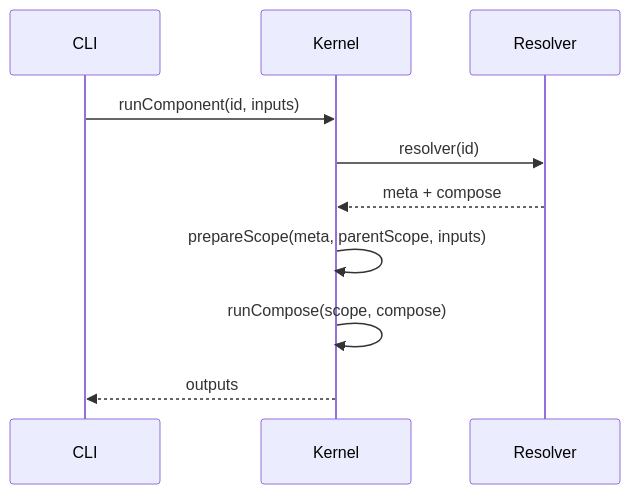
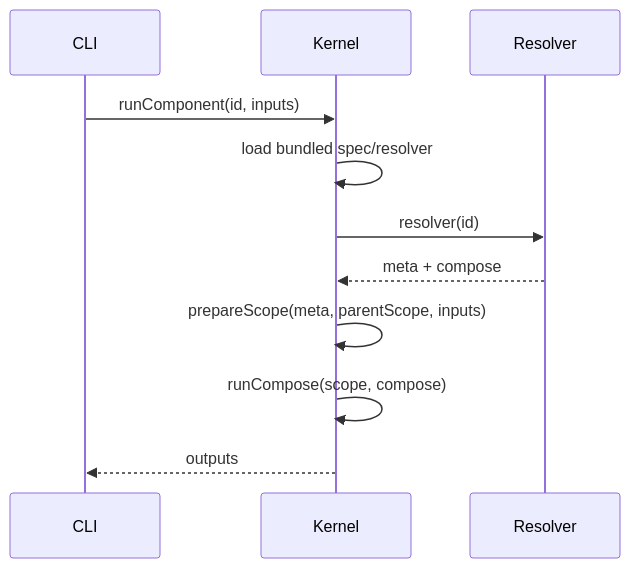
The second of 2 diagrams in docs/v2/kernel-high-level.md (lcod-team/lcod-spec), drawn with Mermaid before and after one commit.

Commit message:
docs: add bootstrap step in kernel sequence

````diff
--- a/docs/v2/kernel-high-level.md
+++ b/docs/v2/kernel-high-level.md
@@ -55,12 +55,13 @@
 ```mermaid
 sequenceDiagram
   participant CLI
   participant Kernel
   participant Resolver
   CLI->>Kernel: runComponent(id, inputs)
+  Kernel->>Kernel: load bundled spec/resolver
   Kernel->>Resolver: resolver(id)
   Resolver-->>Kernel: meta + compose
   Kernel->>Kernel: prepareScope(meta, parentScope, inputs)
   Kernel->>Kernel: runCompose(scope, compose)
   Kernel-->>CLI: outputs
 ```
````
